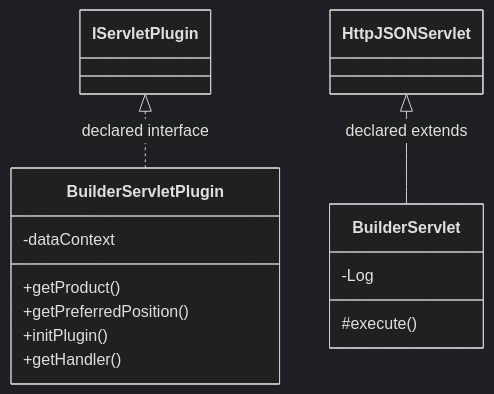
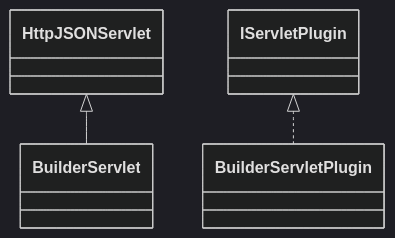
One commit to haruperi/HaruQuantAI changed the diagram in docs/sqx/Builder/ServletBuilder.md. Above: the diagram before and after it, drawn with Mermaid (dark theme). The commit also changed other lines of this file and 1688 other files, not shown here.

````diff
--- a/docs/sqx/Builder/ServletBuilder.md
+++ b/docs/sqx/Builder/ServletBuilder.md
@@ -30,18 +26,9 @@
 ```mermaid
 classDiagram
-    class C791e09a03972["BuilderServlet"] {
-        -Log
-        #execute()
-    }
-    class Cf88f46dafb0b["BuilderServletPlugin"] {
-        -dataContext
-        +getProduct()
-        +getPreferredPosition()
-        +initPlugin()
-        +getHandler()
-    }
-    class C249b5c671b1a["IServletPlugin"]
-    class C8900f90ae594["HttpJSONServlet"]
-    C8900f90ae594 <|-- C791e09a03972 : declared extends
-    C249b5c671b1a <|.. Cf88f46dafb0b : declared interface
+    class C0["BuilderServlet"]
+    class C1["BuilderServletPlugin"]
+    class E0["HttpJSONServlet"]
+    E0 <|-- C0
+    class E1["IServletPlugin"]
+    E1 <|.. C1
 ```
````
